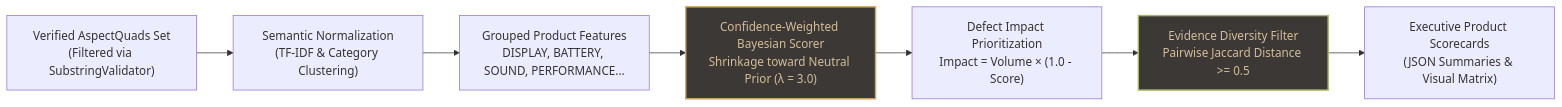
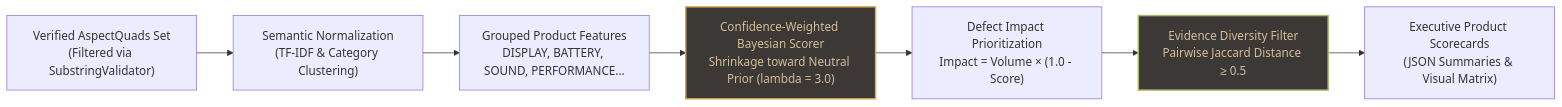
Before and after one commit to parth-sarthi-code/ProductLens-Sentiment: the sixth of 6 diagrams in docs/ARCHITECTURE.md, drawn with Mermaid. The commit also changed other lines of this file and 1 other file, not shown here.

Commit message:
fix(docs): overhaul all Mermaid diagrams for full GitHub rendering compatibility

````diff
--- a/docs/ARCHITECTURE.md
+++ b/docs/ARCHITECTURE.md
@@ -347,17 +334,17 @@
 ```mermaid
 flowchart LR
-    QUIP["Verified AspectQuads Set\n(Filtered via SubstringValidator)"] --> NORM["Semantic Normalization\n(TF-IDF & Category Clustering)"]
+    QUIP["Verified AspectQuads Set<br/>(Filtered via SubstringValidator)"] --> NORM["Semantic Normalization<br/>(TF-IDF & Category Clustering)"]
     
-    NORM --> GROUP["Grouped Product Features\nDISPLAY, BATTERY, SOUND, PERFORMANCE..."]
+    NORM --> GROUP["Grouped Product Features<br/>DISPLAY, BATTERY, SOUND, PERFORMANCE..."]
     
-    GROUP --> BAYES["Confidence-Weighted Bayesian Scorer\nShrinkage toward Neutral Prior (λ = 3.0)"]
+    GROUP --> BAYES["Confidence-Weighted Bayesian Scorer<br/>Shrinkage toward Neutral Prior (lambda = 3.0)"]
     
-    BAYES --> RANK["Defect Impact Prioritization\nImpact = Volume × (1.0 - Score)"]
+    BAYES --> RANK["Defect Impact Prioritization<br/>Impact = Volume &times; (1.0 - Score)"]
     
-    RANK --> DEDUP["Evidence Diversity Filter\nPairwise Jaccard Distance >= 0.5"]
+    RANK --> DEDUP["Evidence Diversity Filter<br/>Pairwise Jaccard Distance &ge; 0.5"]
     
-    DEDUP --> OUT["Executive Product Scorecards\n(JSON Summaries & Visual Matrix)"]
+    DEDUP --> OUT["Executive Product Scorecards<br/>(JSON Summaries & Visual Matrix)"]
 
     style BAYES fill:#3c3836,stroke:#d8a657,stroke-width:2px,color:#d4be98
     style DEDUP fill:#3c3836,stroke:#a9b665,stroke-width:2px,color:#d4be98
 ```
````
